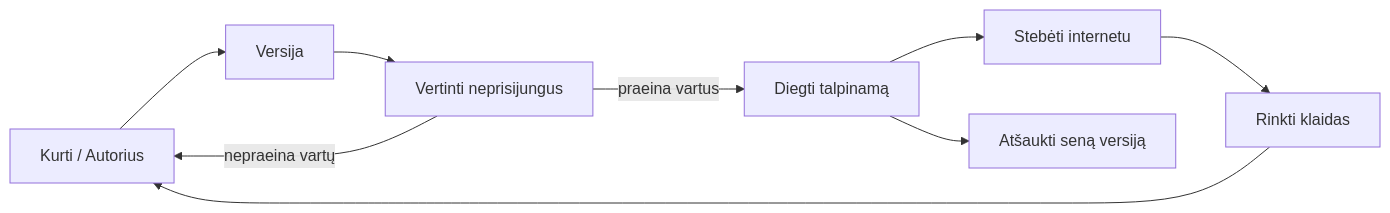
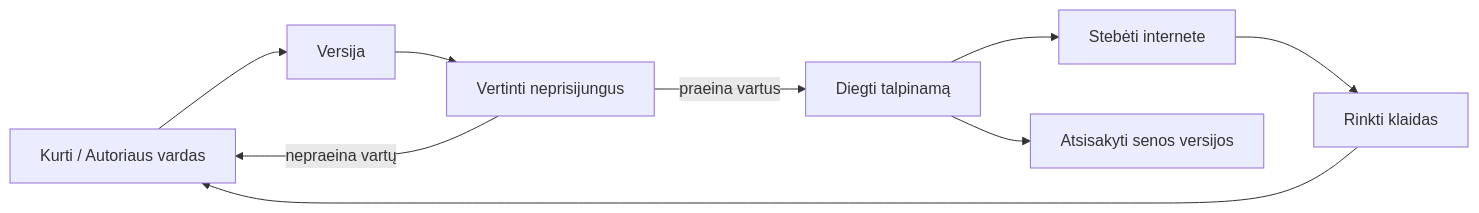
One commit to gabrielmoreira/agent-skills-mirror changed the second of 4 diagrams in mirrors/repos/microsoft@ai-agents-for-beginners/translations/lt/16-deploying-scalable-agents/README.md. Above: the diagram before and after it, drawn with Mermaid. The commit also changed other lines of this file and 4262 other files, not shown here.

````diff
--- a/mirrors/repos/microsoft@ai-agents-for-beginners/translations/lt/16-deploying-scalable-agents/README.md
+++ b/mirrors/repos/microsoft@ai-agents-for-beginners/translations/lt/16-deploying-scalable-agents/README.md
@@ -108,11 +108,11 @@
 ```mermaid
 flowchart LR
-    Create[Kurti / Autorius] --> Version[Versija]
+    Create[Kurti / Autoriaus vardas] --> Version[Versija]
     Version --> Evaluate[Vertinti neprisijungus]
     Evaluate -->|praeina vartus| Deploy[Diegti talpinamą]
     Evaluate -->|nepraeina vartų| Create
-    Deploy --> Observe[Stebėti internetu]
+    Deploy --> Observe[Stebėti internete]
     Observe --> Improve[Rinkti klaidas]
     Improve --> Create
-    Deploy --> Retire[Atšaukti seną versiją]
+    Deploy --> Retire[Atsisakyti senos versijos]
 ```
````
